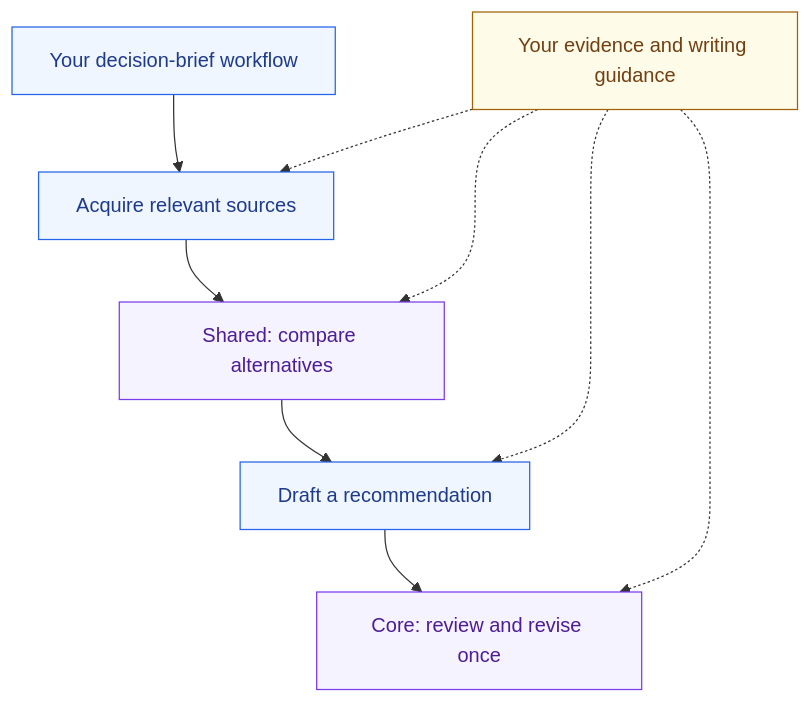
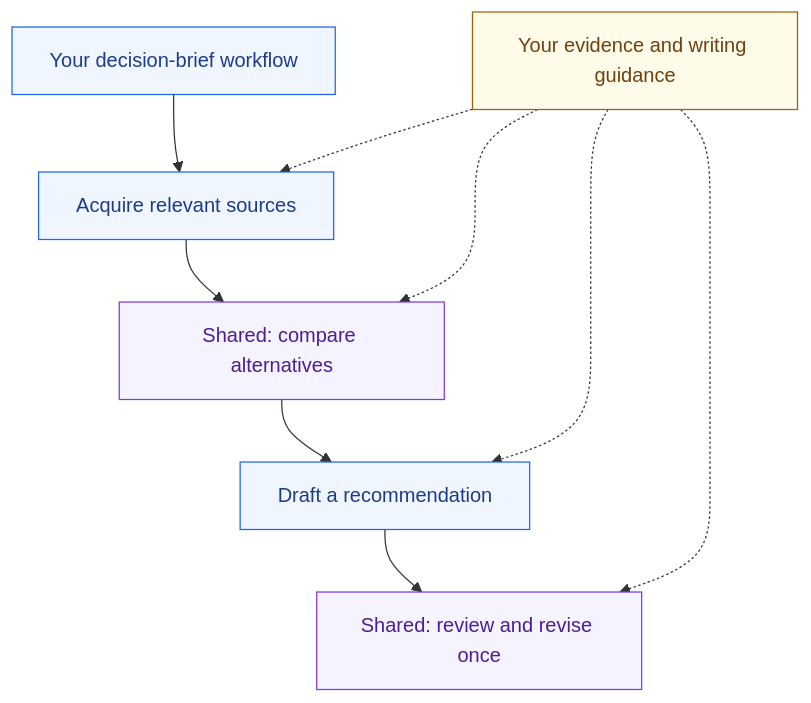
The diagram in example-workflows/README.md (DanMcInerney/orchflows), drawn with Mermaid before and after one commit. The commit also changed other lines of this file, not shown here.

Commit message:
Fix Shared workflow references in example index

````diff
--- a/example-workflows/README.md
+++ b/example-workflows/README.md
@@ -37,14 +37,14 @@
 ```mermaid
 flowchart TB
     P[Your decision-brief workflow] --> R[Acquire relevant sources]
     R --> C[Shared: compare alternatives]
     C --> D[Draft a recommendation]
-    D --> V[Core: review and revise once]
+    D --> V[Shared: review and revise once]
     G[Your evidence and writing guidance] -.-> R & C & D & V
     classDef workflow fill:#eff6ff,stroke:#2563eb,color:#1e3a8a;
     classDef review fill:#f5f3ff,stroke:#7c3aed,color:#4c1d95;
     classDef guidance fill:#fefce8,stroke:#a16207,color:#713f12;
     class P,R,D workflow;
     class C,V review;
     class G guidance;
 ```
````
